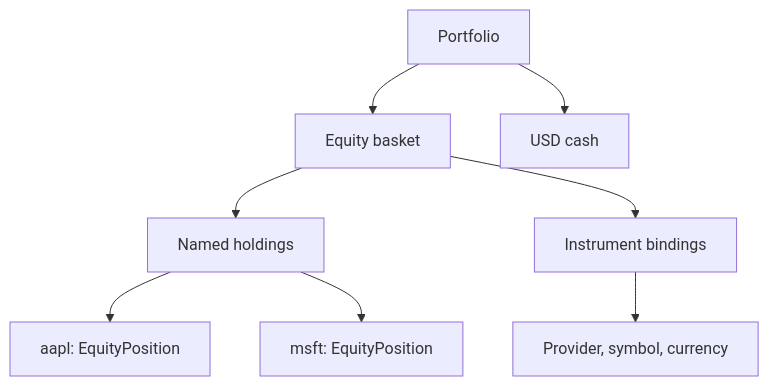
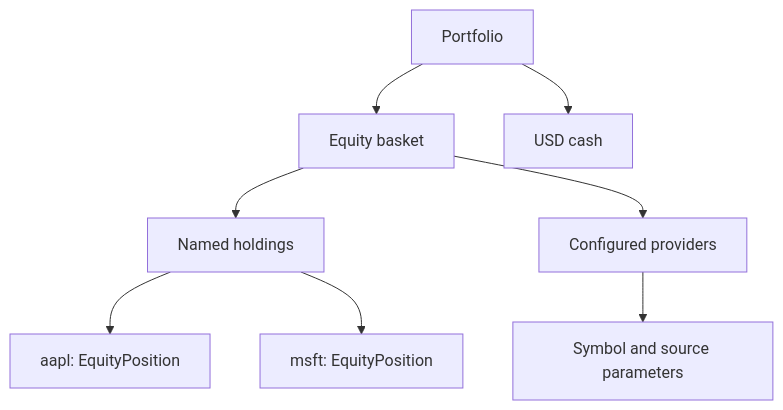
One commit to Code0x58/modello changed the diagram in docs/examples/portfolio/holdings.rst. Above: the diagram before and after it, drawn with Mermaid. The commit also changed other lines of this file and 20 other files, not shown here.

Commit message:
Bind portfolio holdings to typed data providers

```diff
--- a/docs/examples/portfolio/holdings.rst
+++ b/docs/examples/portfolio/holdings.rst
@@ -57,12 +59,12 @@
 .. mermaid::
-   :caption: Portfolio composition and instrument bindings
-   :alt: The portfolio contains an equity basket and USD cash. The basket contains named generic equity positions and binds their names to provider symbols.
+   :caption: Portfolio composition and provider bindings
+   :alt: The portfolio contains an equity basket and USD cash. The basket contains named generic equity positions and binds their names to configured data providers.
 
    flowchart TD
        portfolio[Portfolio] --> basket[Equity basket]
        portfolio --> cash[USD cash]
        basket --> members[Named holdings]
        members --> apple[aapl: EquityPosition]
        members --> microsoft[msft: EquityPosition]
-       basket --> bindings[Instrument bindings]
-       bindings --> symbols[Provider, symbol, currency]
+       basket --> bindings[Configured providers]
+       bindings --> symbols[Symbol and source parameters]
```
